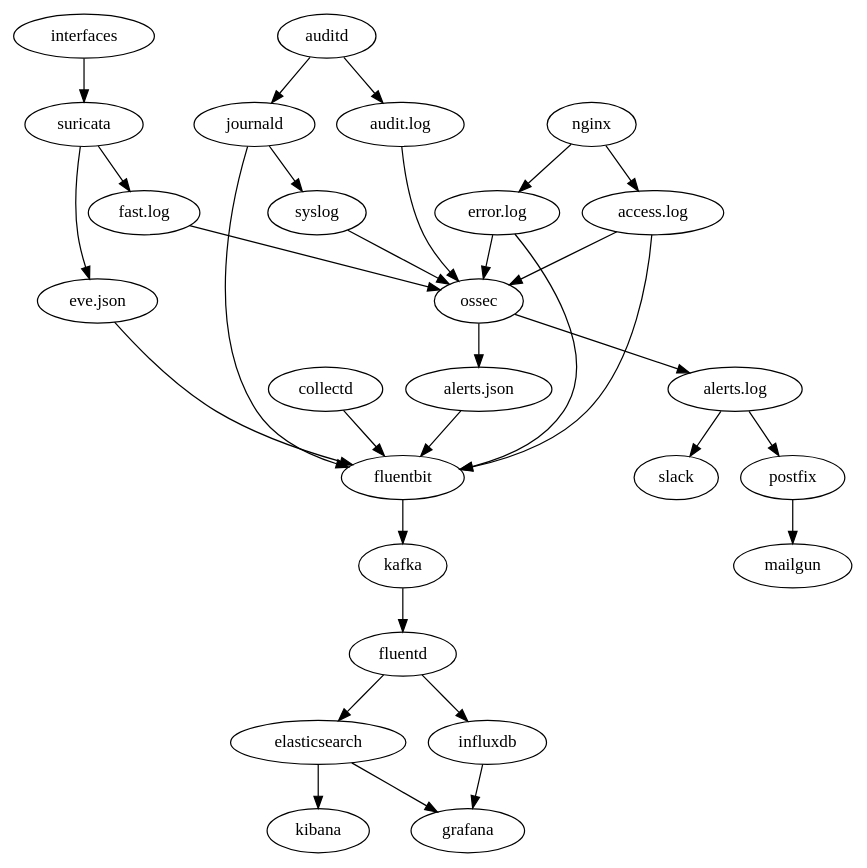
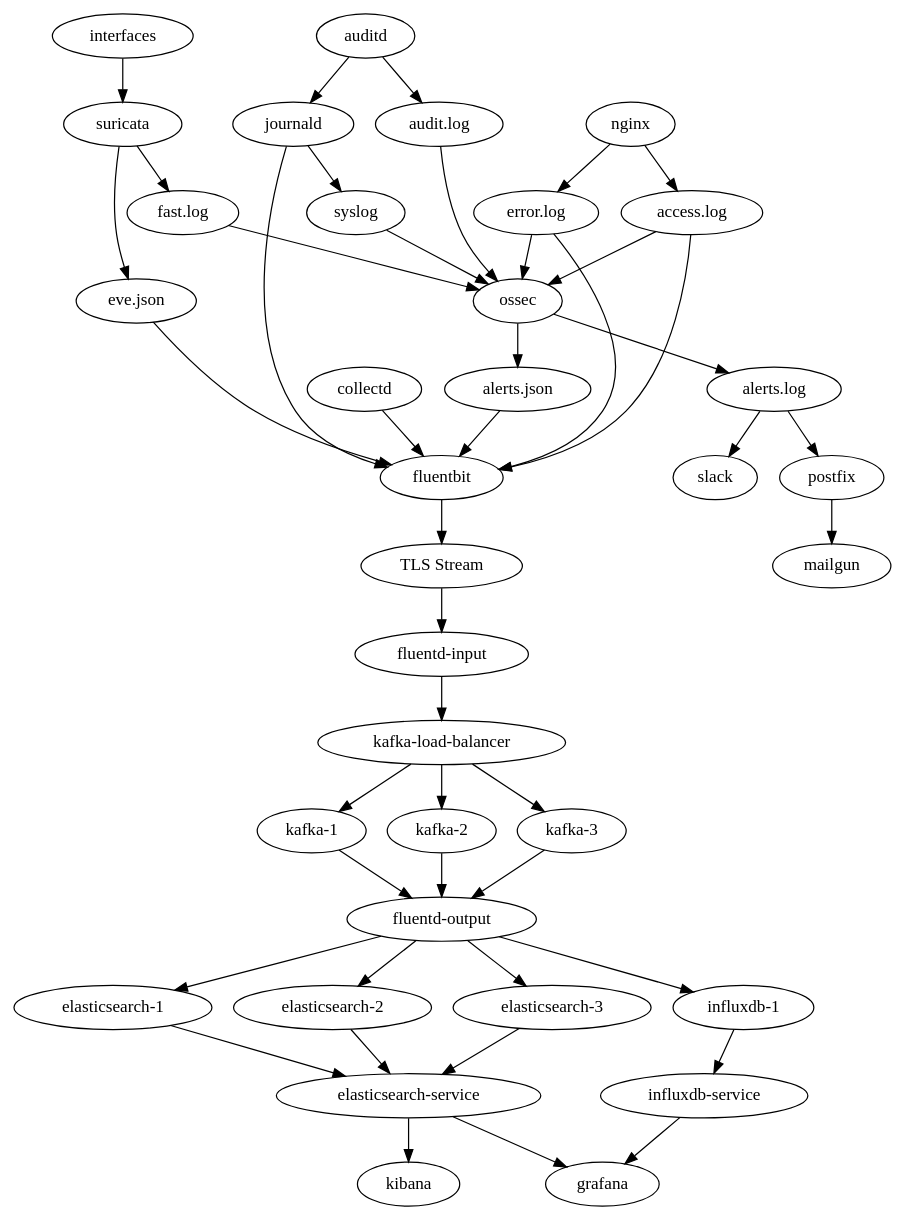
One commit to noahbailey/monitoring-stacks changed the diagram in system.dot. Above: the diagram before and after it, drawn with Graphviz. The commit also changed 1 other file, not shown here.

Commit message:
Update system diagram

```diff
--- a/system.dot
+++ b/system.dot
@@ -1,47 +1,62 @@
 digraph system {
 
     ## System Monitoring
     "collectd" -> "fluentbit"
 
     ## Suricata pieces
     "interfaces" -> "suricata"
     "suricata" -> "eve.json"
     "suricata" -> "fast.log"
     "eve.json" -> "fluentbit"
     "fast.log" -> "ossec"
 
     ## Nginx pieces
     "nginx" -> "access.log"
     "access.log" -> "fluentbit"
     "error.log" -> "fluentbit"
     "nginx" -> "error.log"
     "access.log" -> "ossec"
     "error.log" -> "ossec"
 
     ## Audit logs
     "auditd" -> "journald"
     "auditd" -> "audit.log"
     "audit.log" -> "ossec"
     "journald" -> "fluentbit"
 
     ## Syslog
     "journald" -> "syslog"
     "syslog" -> "ossec"
 
     ## Ossec outputs to the alert streams
     "ossec" -> "alerts.json"
     "ossec" -> "alerts.log"
     "alerts.log" -> "slack"
     "alerts.log" -> "postfix"
     "postfix" -> "mailgun"
     "alerts.json" -> "fluentbit"
+    "fluentbit" -> "TLS Stream"
 
-    ## The backend, typically a docker box
-    "fluentbit" -> "kafka"
-    "kafka" -> "fluentd"
-    "fluentd" -> "elasticsearch"
-    "fluentd" -> "influxdb"
-    "elasticsearch" -> "kibana"
-    "elasticsearch" -> "grafana"
-    "influxdb" -> "grafana"
+    ## The backend, typically a docker box/K8s cluster
+    "TLS Stream" -> "fluentd-input"
+    "fluentd-input" -> "kafka-load-balancer"
+    "kafka-load-balancer" -> "kafka-1"
+    "kafka-load-balancer" -> "kafka-2"
+    "kafka-load-balancer" -> "kafka-3"
+    "kafka-1" -> "fluentd-output"
+    "kafka-2" -> "fluentd-output"
+    "kafka-3" -> "fluentd-output"
+
+    "fluentd-output" -> "elasticsearch-1"
+    "fluentd-output" -> "elasticsearch-2"
+    "fluentd-output" -> "elasticsearch-3"
+    "fluentd-output" -> "influxdb-1"
+    "influxdb-1" -> "influxdb-service"
+    "elasticsearch-1" -> "elasticsearch-service"
+    "elasticsearch-2" -> "elasticsearch-service"
+    "elasticsearch-3" -> "elasticsearch-service"
+
+    "elasticsearch-service" -> "kibana"
+    "elasticsearch-service" -> "grafana"
+    "influxdb-service" -> "grafana"
 }
```
